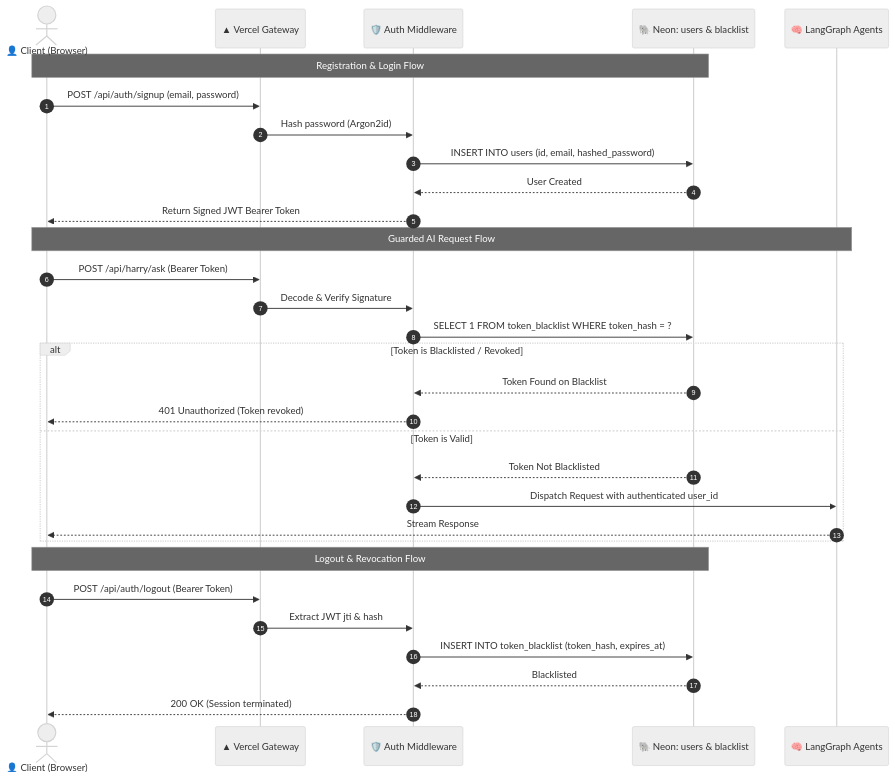
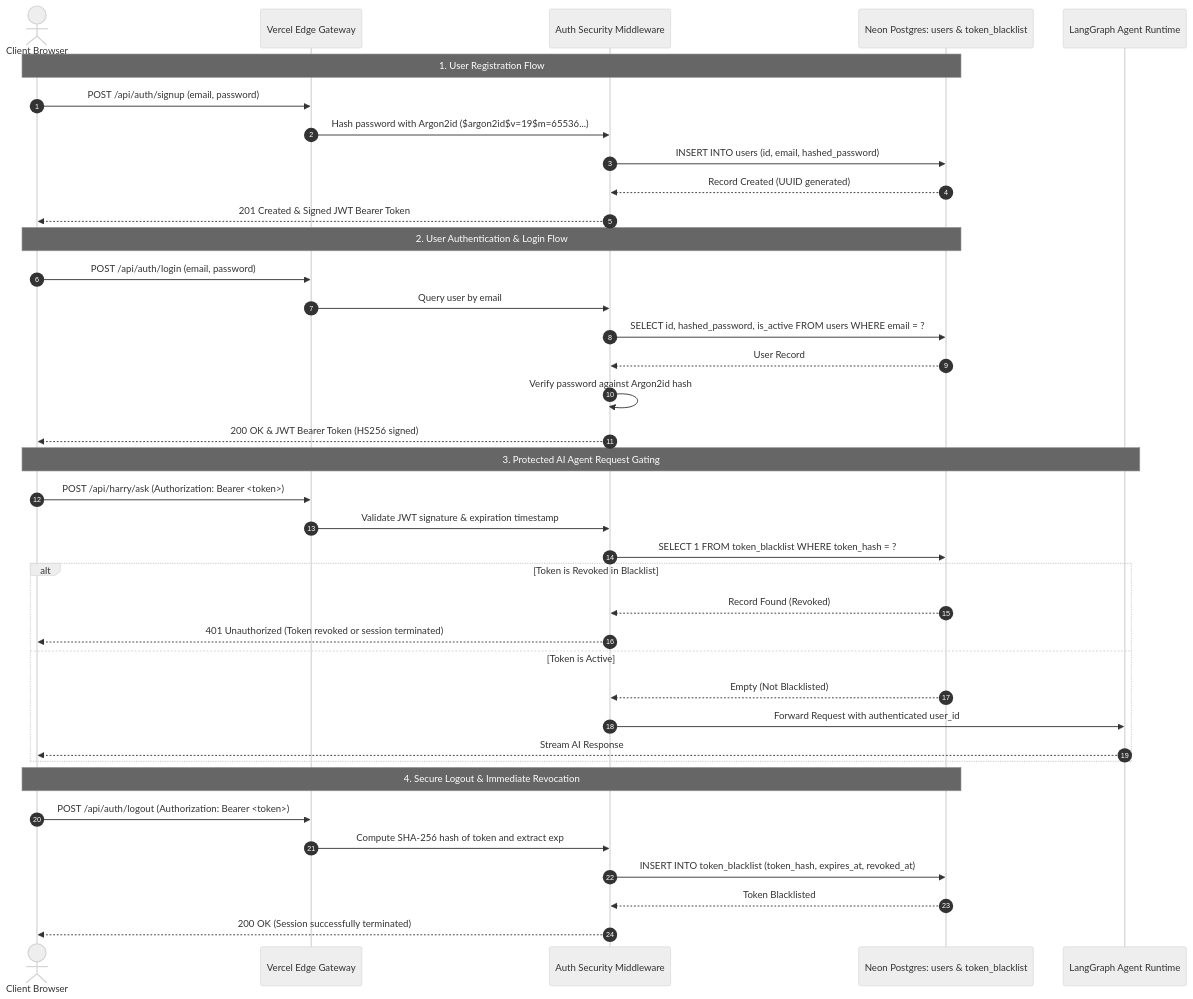
Before and after one commit to ambideXtrous9/portfolio-agent: the third of 5 diagrams in README.md, drawn with Mermaid (neutral theme). The commit also changed other lines of this file, not shown here.

Commit message:
docs(arch): add MCP architecture, eliminate emojis in diagrams, and integrate skill-icons

````diff
--- a/README.md
+++ b/README.md
@@ -133,36 +254,44 @@
 ```mermaid
 sequenceDiagram
     autonumber
-    actor User as 👤 Client (Browser)
-    participant Edge as ▲ Vercel Gateway
-    participant Auth as 🛡️ Auth Middleware
-    participant NeonAuth as 🐘 Neon: users & blacklist
-    participant Agent as 🧠 LangGraph Agents
+    actor User as Client Browser
+    participant Edge as Vercel Edge Gateway
+    participant Auth as Auth Security Middleware
+    participant NeonAuth as Neon Postgres: users & token_blacklist
+    participant Agent as LangGraph Agent Runtime
 
-    Note over User,NeonAuth: Registration & Login Flow
+    Note over User,NeonAuth: 1. User Registration Flow
     User->>Edge: POST /api/auth/signup (email, password)
-    Edge->>Auth: Hash password (Argon2id)
+    Edge->>Auth: Hash password with Argon2id ($argon2id$v=19$m=65536...)
     Auth->>NeonAuth: INSERT INTO users (id, email, hashed_password)
-    NeonAuth-->>Auth: User Created
-    Auth-->>User: Return Signed JWT Bearer Token
+    NeonAuth-->>Auth: Record Created (UUID generated)
+    Auth-->>User: 201 Created & Signed JWT Bearer Token
 
-    Note over User,Agent: Guarded AI Request Flow
-    User->>Edge: POST /api/harry/ask (Bearer Token)
-    Edge->>Auth: Decode & Verify Signature
+    Note over User,NeonAuth: 2. User Authentication & Login Flow
+    User->>Edge: POST /api/auth/login (email, password)
+    Edge->>Auth: Query user by email
+    Auth->>NeonAuth: SELECT id, hashed_password, is_active FROM users WHERE email = ?
+    NeonAuth-->>Auth: User Record
+    Auth->>Auth: Verify password against Argon2id hash
+    Auth-->>User: 200 OK & JWT Bearer Token (HS256 signed)
+
+    Note over User,Agent: 3. Protected AI Agent Request Gating
+    User->>Edge: POST /api/harry/ask (Authorization: Bearer <token>)
+    Edge->>Auth: Validate JWT signature & expiration timestamp
     Auth->>NeonAuth: SELECT 1 FROM token_blacklist WHERE token_hash = ?
-    alt Token is Blacklisted / Revoked
-        NeonAuth-->>Auth: Token Found on Blacklist
-        Auth-->>User: 401 Unauthorized (Token revoked)
-    else Token is Valid
-        NeonAuth-->>Auth: Token Not Blacklisted
-        Auth->>Agent: Dispatch Request with authenticated user_id
-        Agent-->>User: Stream Response
+    alt Token is Revoked in Blacklist
+        NeonAuth-->>Auth: Record Found (Revoked)
+        Auth-->>User: 401 Unauthorized (Token revoked or session terminated)
+    else Token is Active
+        NeonAuth-->>Auth: Empty (Not Blacklisted)
+        Auth->>Agent: Forward Request with authenticated user_id
+        Agent-->>User: Stream AI Response
     end
 
-    Note over User,NeonAuth: Logout & Revocation Flow
-    User->>Edge: POST /api/auth/logout (Bearer Token)
-    Edge->>Auth: Extract JWT jti & hash
-    Auth->>NeonAuth: INSERT INTO token_blacklist (token_hash, expires_at)
-    NeonAuth-->>Auth: Blacklisted
-    Auth-->>User: 200 OK (Session terminated)
+    Note over User,NeonAuth: 4. Secure Logout & Immediate Revocation
+    User->>Edge: POST /api/auth/logout (Authorization: Bearer <token>)
+    Edge->>Auth: Compute SHA-256 hash of token and extract exp
+    Auth->>NeonAuth: INSERT INTO token_blacklist (token_hash, expires_at, revoked_at)
+    NeonAuth-->>Auth: Token Blacklisted
+    Auth-->>User: 200 OK (Session successfully terminated)
 ```
````
